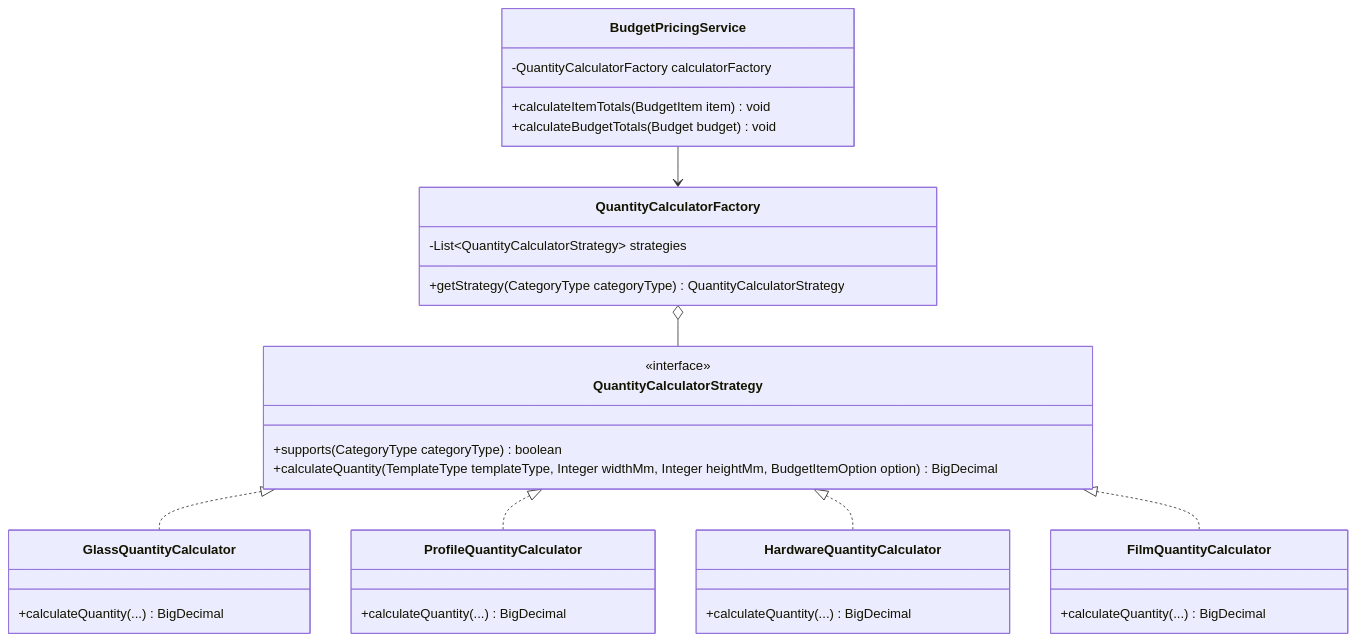
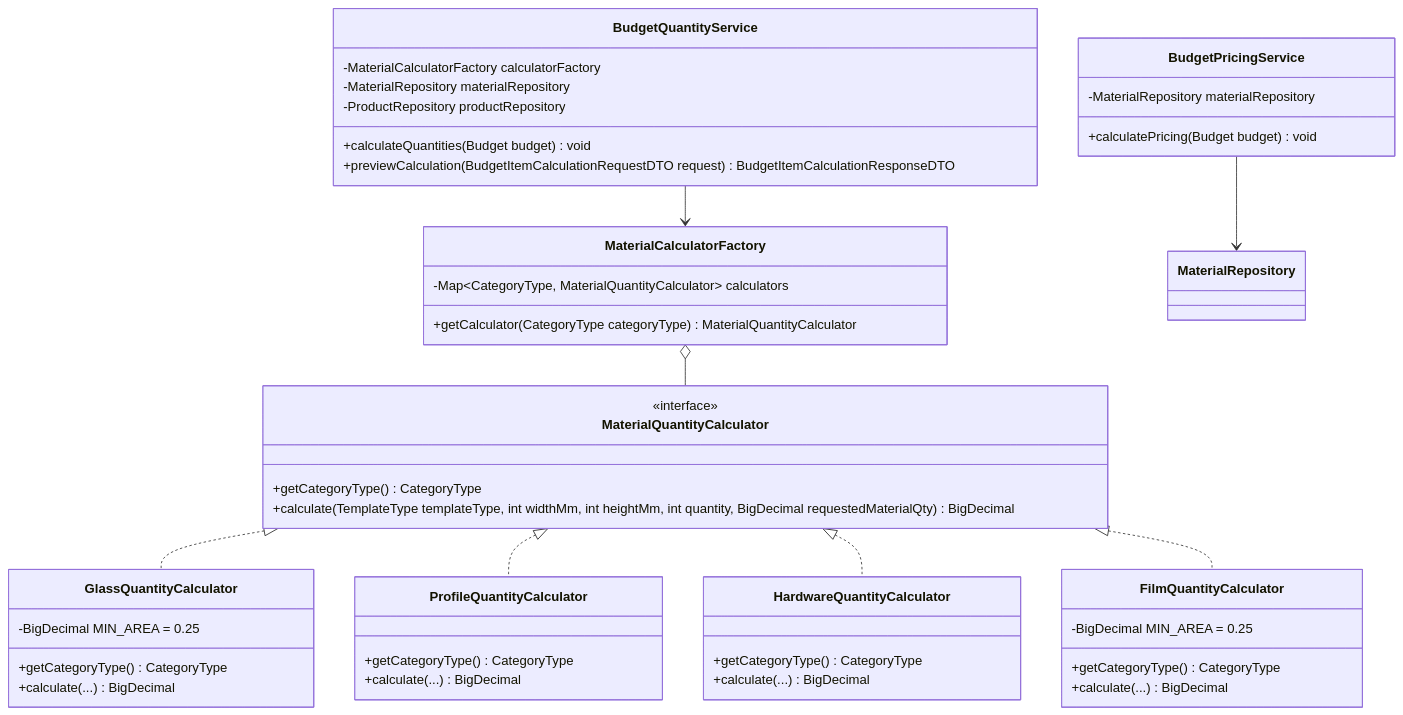
Before and after one commit to ADS-IFPB-SR/alumigest: the second of 5 diagrams in docs/sistema/001-analise-projeto/DCC-Diagramas_de_Classes.md, drawn with Mermaid. The commit also changed other lines of this file and 431 other files, not shown here.

````diff
--- a/docs/sistema/001-analise-projeto/DCC-Diagramas_de_Classes.md
+++ b/docs/sistema/001-analise-projeto/DCC-Diagramas_de_Classes.md
@@ -125,42 +213,56 @@
 ```mermaid
 classDiagram
-    class QuantityCalculatorStrategy {
+    class MaterialQuantityCalculator {
         <<interface>>
-        +supports(CategoryType categoryType) boolean
-        +calculateQuantity(TemplateType templateType, Integer widthMm, Integer heightMm, BudgetItemOption option) BigDecimal
+        +getCategoryType() CategoryType
+        +calculate(TemplateType templateType, int widthMm, int heightMm, int quantity, BigDecimal requestedMaterialQty) BigDecimal
     }
 
     class GlassQuantityCalculator {
-        +calculateQuantity(...) BigDecimal
+        -BigDecimal MIN_AREA = 0.25
+        +getCategoryType() CategoryType
+        +calculate(...) BigDecimal
     }
 
     class ProfileQuantityCalculator {
-        +calculateQuantity(...) BigDecimal
+        +getCategoryType() CategoryType
+        +calculate(...) BigDecimal
     }
 
     class HardwareQuantityCalculator {
-        +calculateQuantity(...) BigDecimal
+        +getCategoryType() CategoryType
+        +calculate(...) BigDecimal
     }
 
     class FilmQuantityCalculator {
-        +calculateQuantity(...) BigDecimal
+        -BigDecimal MIN_AREA = 0.25
+        +getCategoryType() CategoryType
+        +calculate(...) BigDecimal
     }
 
-    class QuantityCalculatorFactory {
-        -List~QuantityCalculatorStrategy~ strategies
-        +getStrategy(CategoryType categoryType) QuantityCalculatorStrategy
+    class MaterialCalculatorFactory {
+        -Map~CategoryType, MaterialQuantityCalculator~ calculators
+        +getCalculator(CategoryType categoryType) MaterialQuantityCalculator
+    }
+
+    class BudgetQuantityService {
+        -MaterialCalculatorFactory calculatorFactory
+        -MaterialRepository materialRepository
+        -ProductRepository productRepository
+        +calculateQuantities(Budget budget) void
+        +previewCalculation(BudgetItemCalculationRequestDTO request) BudgetItemCalculationResponseDTO
     }
 
     class BudgetPricingService {
-        -QuantityCalculatorFactory calculatorFactory
-        +calculateItemTotals(BudgetItem item) void
-        +calculateBudgetTotals(Budget budget) void
+        -MaterialRepository materialRepository
+        +calculatePricing(Budget budget) void
     }
 
-    QuantityCalculatorStrategy <|.. GlassQuantityCalculator
-    QuantityCalculatorStrategy <|.. ProfileQuantityCalculator
-    QuantityCalculatorStrategy <|.. HardwareQuantityCalculator
-    QuantityCalculatorStrategy <|.. FilmQuantityCalculator
-    QuantityCalculatorFactory o-- QuantityCalculatorStrategy
-    BudgetPricingService --> QuantityCalculatorFactory
+    MaterialQuantityCalculator <|.. GlassQuantityCalculator
+    MaterialQuantityCalculator <|.. ProfileQuantityCalculator
+    MaterialQuantityCalculator <|.. HardwareQuantityCalculator
+    MaterialQuantityCalculator <|.. FilmQuantityCalculator
+    MaterialCalculatorFactory o-- MaterialQuantityCalculator
+    BudgetQuantityService --> MaterialCalculatorFactory
+    BudgetPricingService --> MaterialRepository
 ```
````
